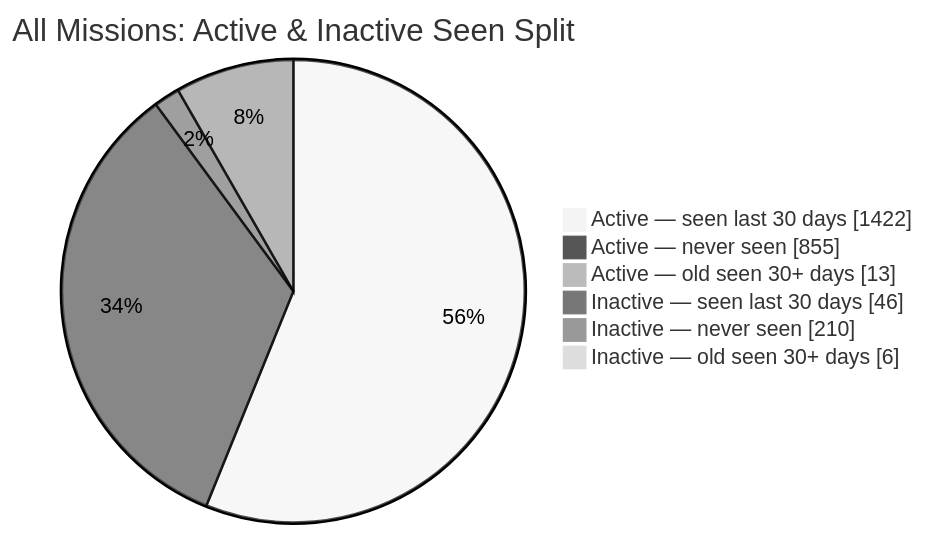
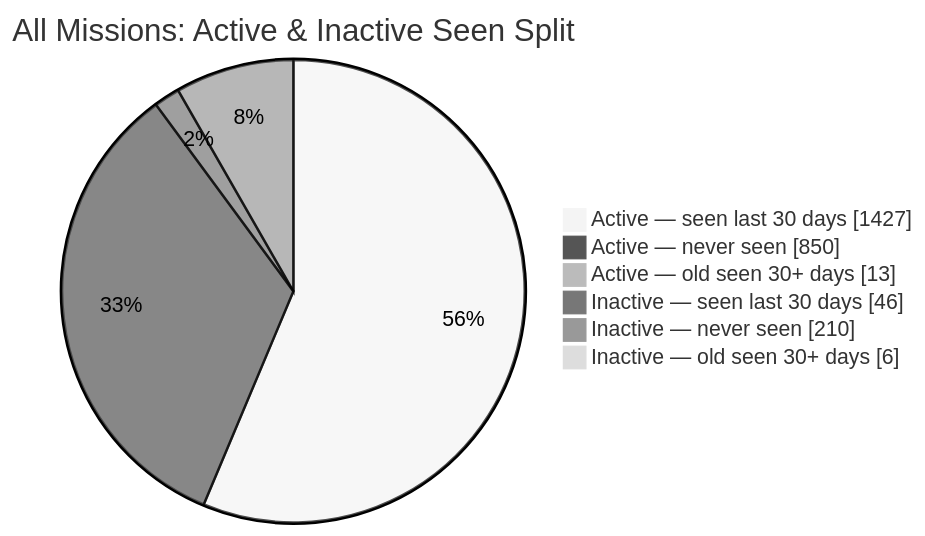
The second of 2 diagrams in README.md (MeldkamerspelGameTeam/active-missions), drawn with Mermaid (neutral theme) before and after one commit. The commit also changed other lines of this file and 2 other files, not shown here.

````diff
--- a/README.md
+++ b/README.md
@@ -44,10 +44,10 @@
 ```mermaid
 pie showData
     title All Missions: Active & Inactive Seen Split
-    "Active — seen last 30 days" : 1422
-    "Active — never seen" : 855
+    "Active — seen last 30 days" : 1427
+    "Active — never seen" : 850
     "Active — old seen 30+ days" : 13
     "Inactive — seen last 30 days" : 46
     "Inactive — never seen" : 210
     "Inactive — old seen 30+ days" : 6
 ```
````
